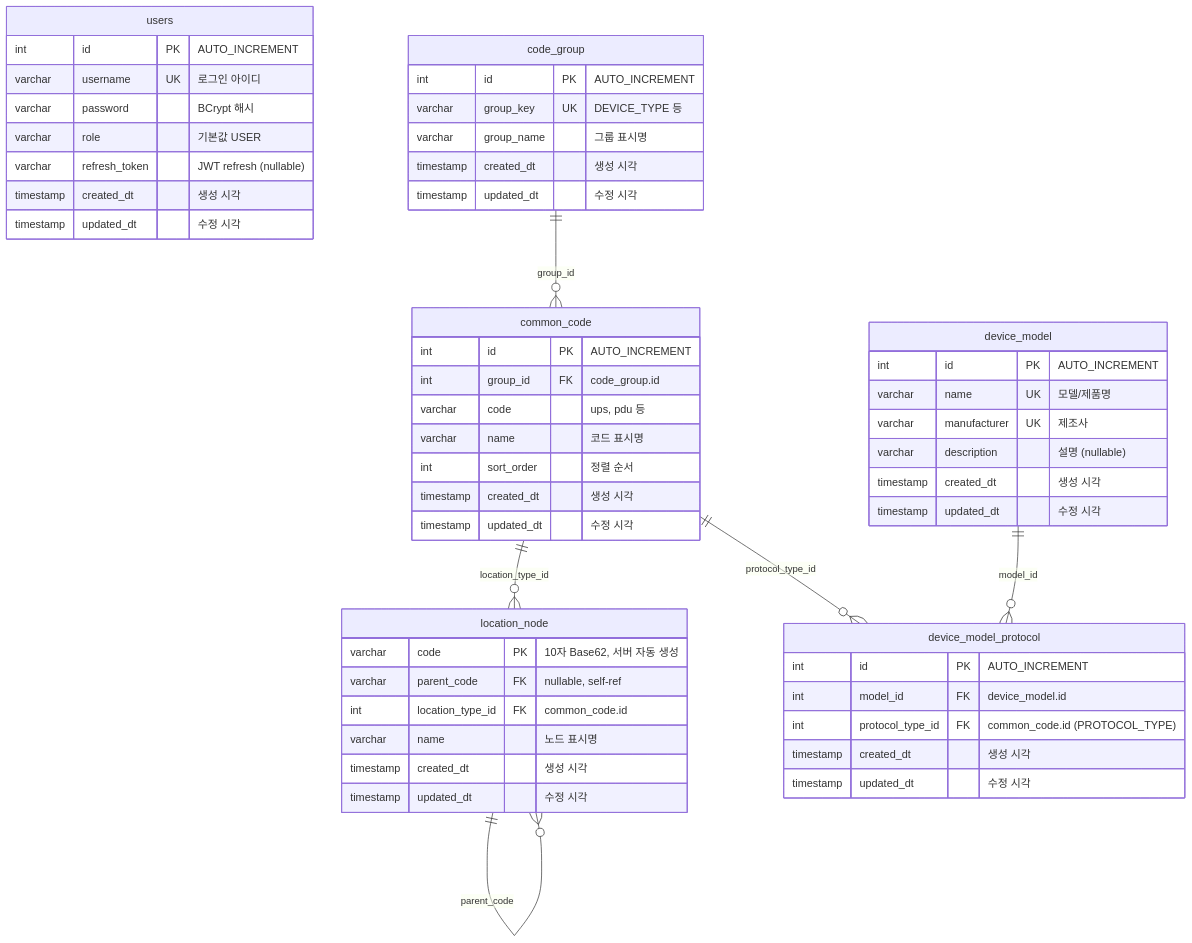
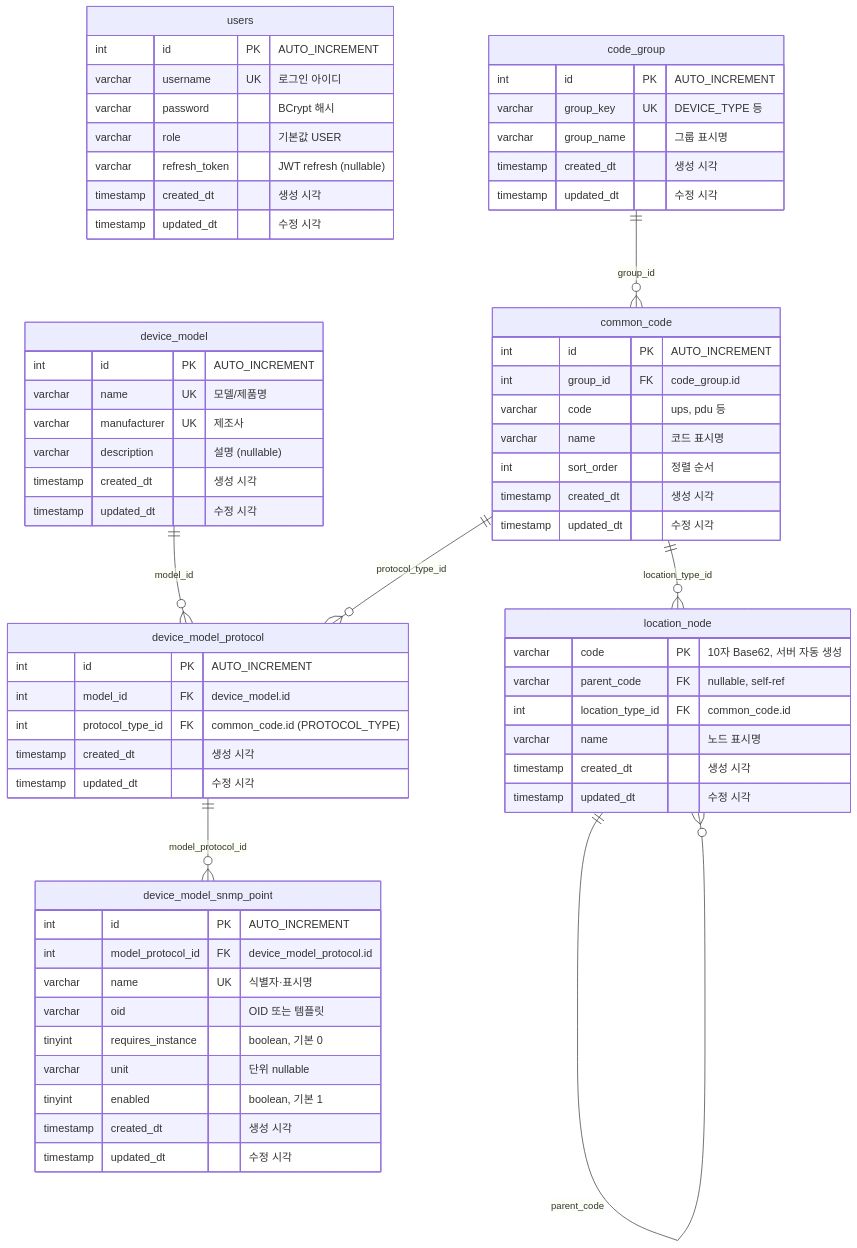
One commit to SHINBOGEUN/dcim changed the diagram in docs/ERD.md. Above: the diagram before and after it, drawn with Mermaid. The commit also changed other lines of this file and 14 other files, not shown here.

First line of the commit message:
feat(devicemodel): DeviceModelSnmpPoint 등록·수정 API 및 DDL 구현

````diff
--- a/docs/ERD.md
+++ b/docs/ERD.md
@@ -14,62 +14,75 @@
 ```mermaid
 erDiagram
     users {
         int id PK "AUTO_INCREMENT"
         varchar username UK "로그인 아이디"
         varchar password "BCrypt 해시"
         varchar role "기본값 USER"
         varchar refresh_token "JWT refresh (nullable)"
         timestamp created_dt "생성 시각"
         timestamp updated_dt "수정 시각"
     }
 
     code_group {
         int id PK "AUTO_INCREMENT"
         varchar group_key UK "DEVICE_TYPE 등"
         varchar group_name "그룹 표시명"
         timestamp created_dt "생성 시각"
         timestamp updated_dt "수정 시각"
     }
 
     common_code {
         int id PK "AUTO_INCREMENT"
         int group_id FK "code_group.id"
         varchar code "ups, pdu 등"
         varchar name "코드 표시명"
         int sort_order "정렬 순서"
         timestamp created_dt "생성 시각"
         timestamp updated_dt "수정 시각"
     }
 
     location_node {
         varchar code PK "10자 Base62, 서버 자동 생성"
         varchar parent_code FK "nullable, self-ref"
         int location_type_id FK "common_code.id"
         varchar name "노드 표시명"
         timestamp created_dt "생성 시각"
         timestamp updated_dt "수정 시각"
     }
 
     device_model {
         int id PK "AUTO_INCREMENT"
         varchar name UK "모델/제품명"
         varchar manufacturer UK "제조사"
         varchar description "설명 (nullable)"
         timestamp created_dt "생성 시각"
         timestamp updated_dt "수정 시각"
     }
 
     device_model_protocol {
         int id PK "AUTO_INCREMENT"
         int model_id FK "device_model.id"
         int protocol_type_id FK "common_code.id (PROTOCOL_TYPE)"
         timestamp created_dt "생성 시각"
         timestamp updated_dt "수정 시각"
     }
 
+    device_model_snmp_point {
+        int id PK "AUTO_INCREMENT"
+        int model_protocol_id FK "device_model_protocol.id"
+        varchar name UK "식별자·표시명"
+        varchar oid "OID 또는 템플릿"
+        tinyint requires_instance "boolean, 기본 0"
+        varchar unit "단위 nullable"
+        tinyint enabled "boolean, 기본 1"
+        timestamp created_dt "생성 시각"
+        timestamp updated_dt "수정 시각"
+    }
+
     code_group ||--o{ common_code : "group_id"
     common_code ||--o{ location_node : "location_type_id"
     location_node ||--o{ location_node : "parent_code"
     device_model ||--o{ device_model_protocol : "model_id"
     common_code ||--o{ device_model_protocol : "protocol_type_id"
+    device_model_protocol ||--o{ device_model_snmp_point : "model_protocol_id"
 ```
````
